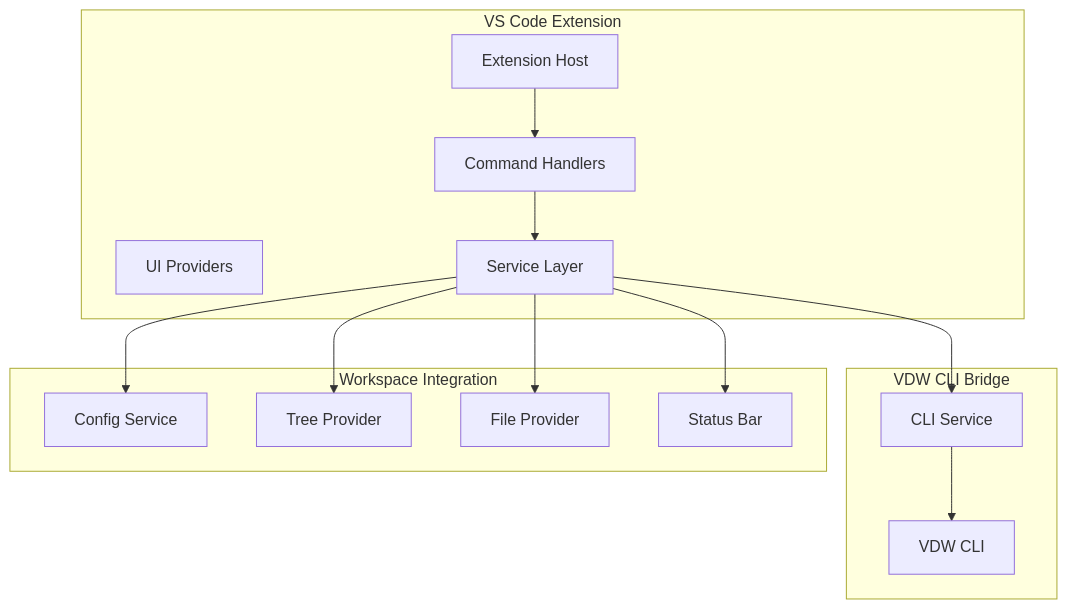
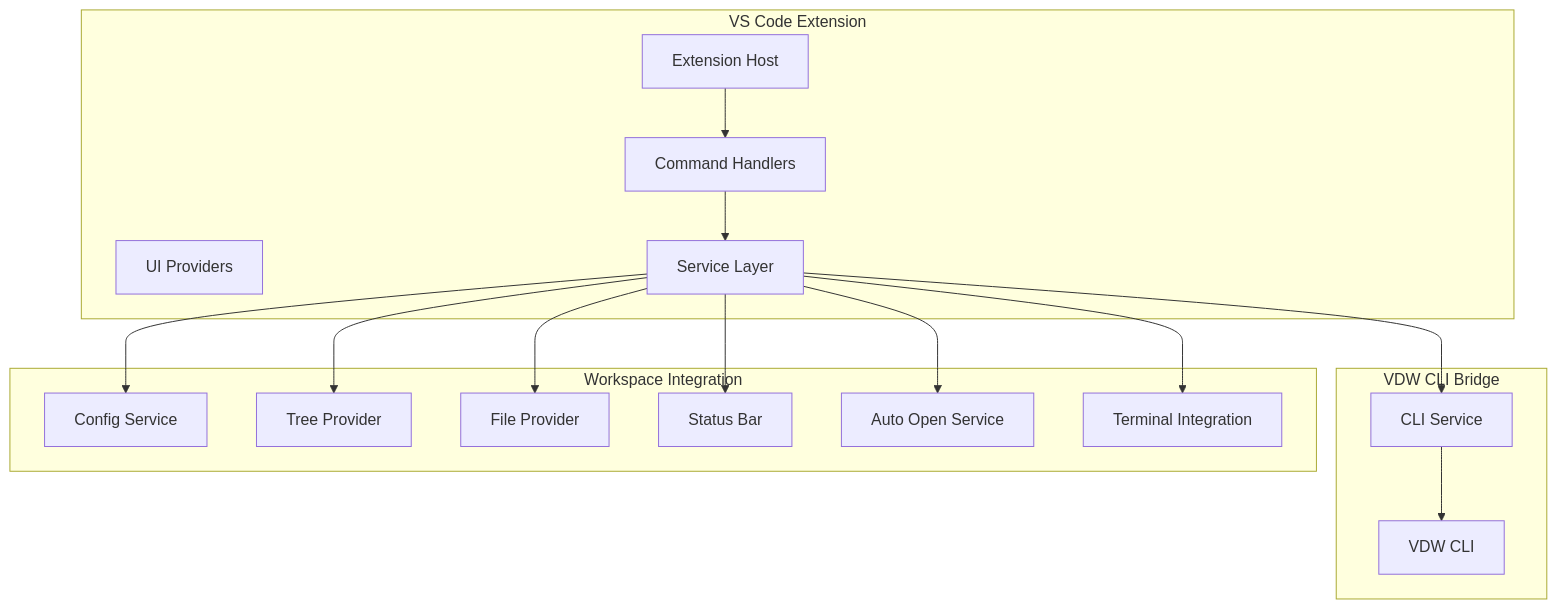
Before and after one commit to HWH-2019/vdw: the ninth of 12 diagrams in .qoder/repowiki/en/content/Core Features Documentation/Core Features Documentation.md, drawn with Mermaid. The commit also changed other lines of this file and 20 other files, not shown here.

````diff
--- a/.qoder/repowiki/en/content/Core Features Documentation/Core Features Documentation.md
+++ b/.qoder/repowiki/en/content/Core Features Documentation/Core Features Documentation.md
@@ -784,27 +761,31 @@
 ```mermaid
 graph TB
 subgraph "VS Code Extension"
 Extension[Extension Host]
 Commands[Command Handlers]
 Providers[UI Providers]
 Services[Service Layer]
 end
 subgraph "VDW CLI Bridge"
 CLIService[CLI Service]
 VDWCLI[VDW CLI]
 end
 subgraph "Workspace Integration"
 ConfigService[Config Service]
 TreeProvider[Tree Provider]
 FileProvider[File Provider]
 StatusBar[Status Bar]
+AutoOpenService[Auto Open Service]
+TerminalService[Terminal Integration]
 end
 Extension --> Commands
 Commands --> Services
 Services --> CLIService
 CLIService --> VDWCLI
 Services --> ConfigService
 Services --> TreeProvider
 Services --> FileProvider
 Services --> StatusBar
+Services --> AutoOpenService
+Services --> TerminalService
 ```
````
